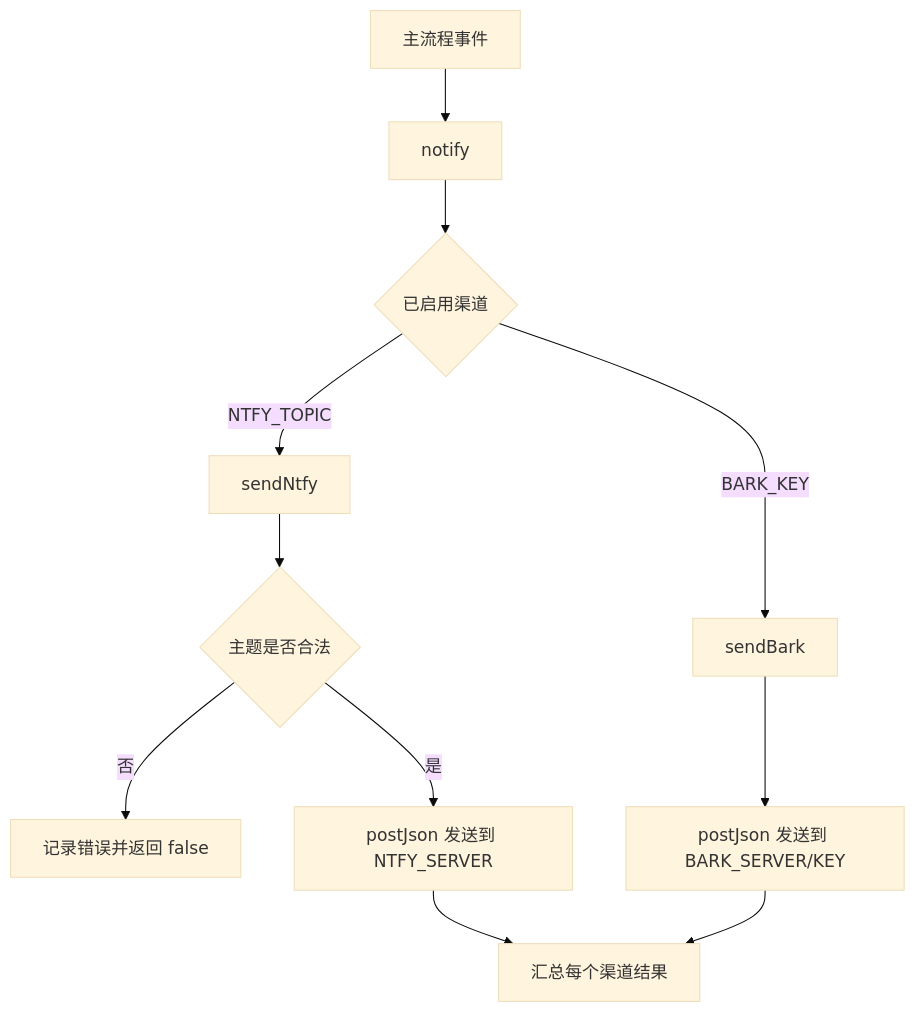
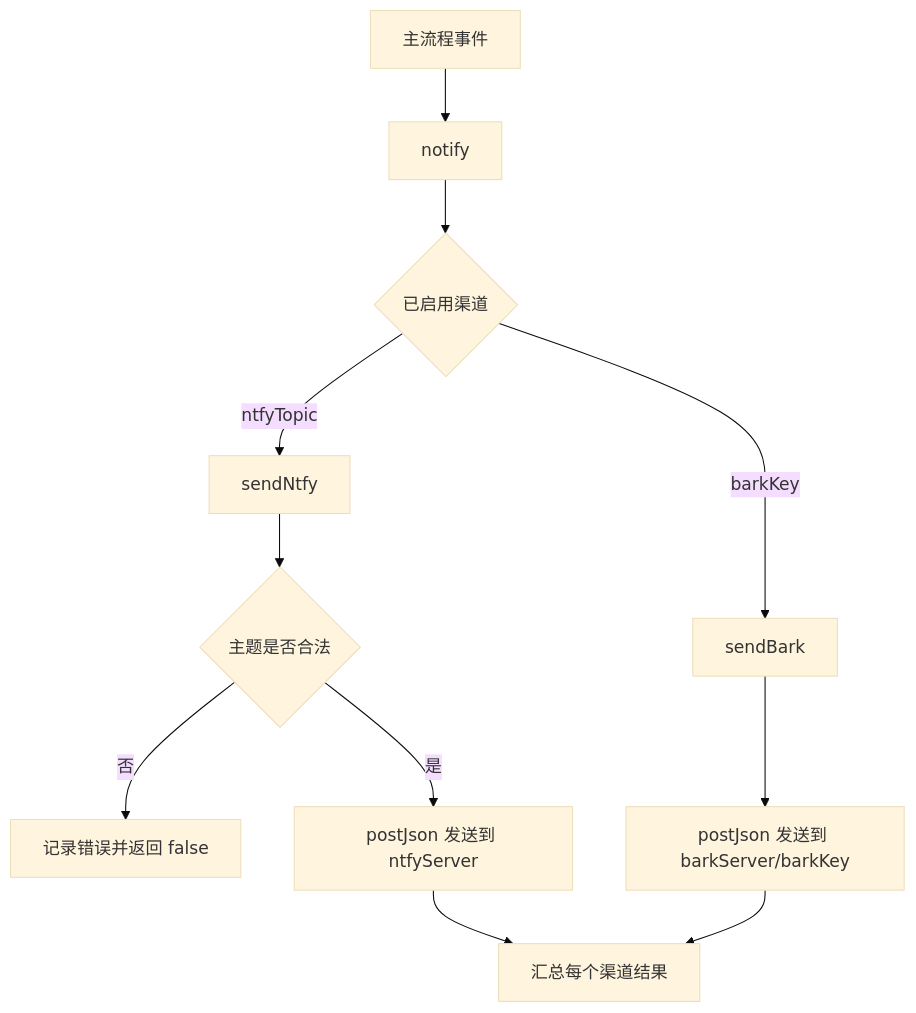
The diagram in docs/notifications.md (lonemoonspace/Weread-Assistant), drawn with Mermaid (base theme) before and after one commit. The commit also changed other lines of this file and 30 other files, not shown here.

````diff
--- a/docs/notifications.md
+++ b/docs/notifications.md
@@ -71,13 +74,13 @@
 ```mermaid
 flowchart TD
   A[主流程事件] --> B[notify]
   B --> C{已启用渠道}
-  C -->|BARK_KEY| D[sendBark]
-  C -->|NTFY_TOPIC| E[sendNtfy]
+  C -->|barkKey| D[sendBark]
+  C -->|ntfyTopic| E[sendNtfy]
   E --> F{主题是否合法}
   F -->|否| G[记录错误并返回 false]
-  F -->|是| H[postJson 发送到 NTFY_SERVER]
-  D --> I[postJson 发送到 BARK_SERVER/KEY]
+  F -->|是| H[postJson 发送到 ntfyServer]
+  D --> I[postJson 发送到 barkServer/barkKey]
   H --> J[汇总每个渠道结果]
   I --> J
 ```
````
